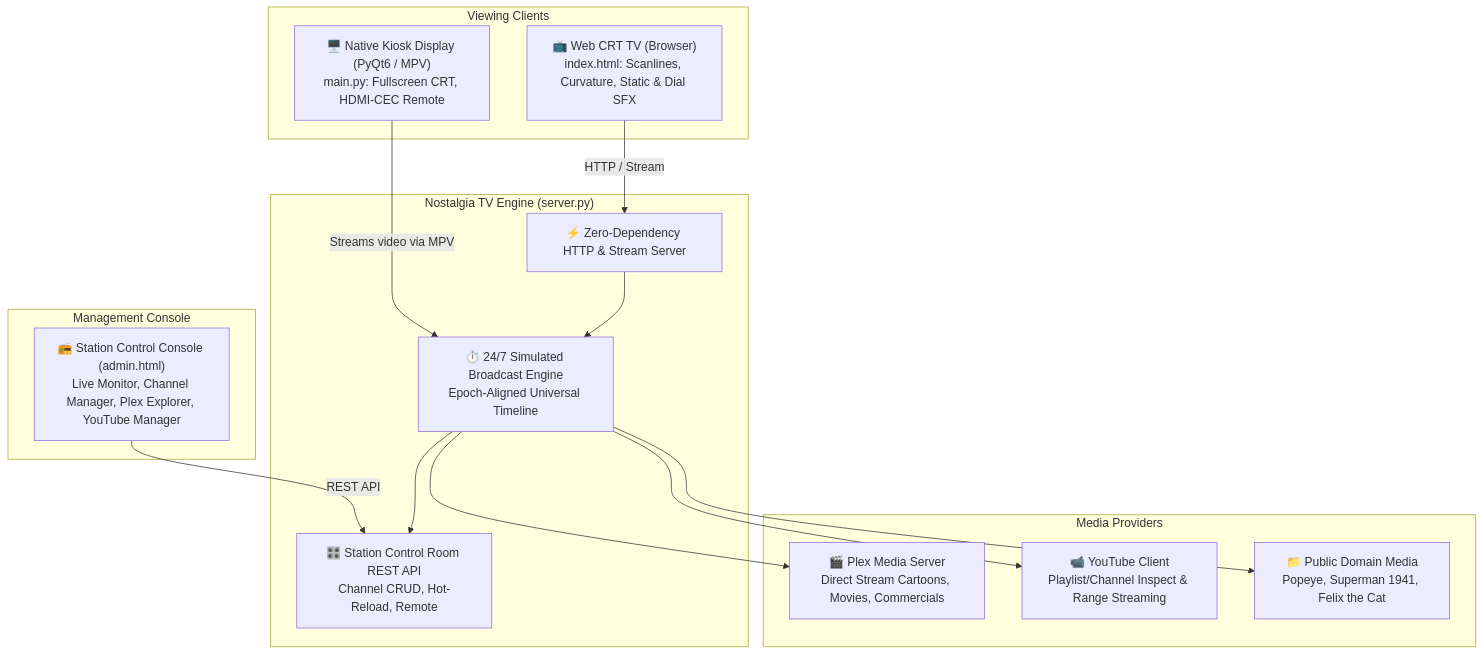
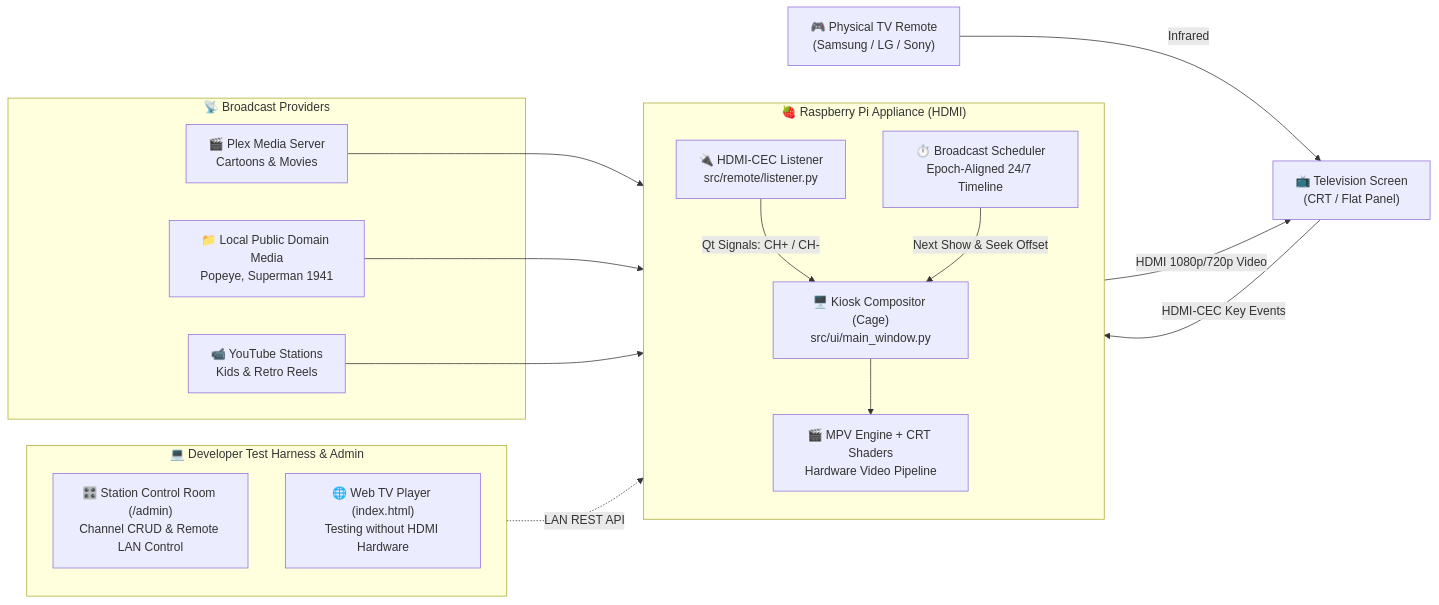
One commit to bgenome/nostalgia-tv changed the diagram in README.md. Above: the diagram before and after it, drawn with Mermaid. The commit also changed other lines of this file and 2 other files, not shown here.

Commit message:
docs: Prioritize Raspberry Pi HDMI-CEC TV remote appliance as primary architecture

````diff
--- a/README.md
+++ b/README.md
@@ -60,32 +47,37 @@
 ```mermaid
-flowchart TD
-    subgraph Clients["Viewing Clients"]
-        WebTV["📺 Web CRT TV (Browser)<br/>index.html: Scanlines, Curvature, Static & Dial SFX"]
-        NativeKiosk["🖥️ Native Kiosk Display (PyQt6 / MPV)<br/>main.py: Fullscreen CRT, HDMI-CEC Remote"]
+flowchart LR
+    Remote["🎮 Physical TV Remote<br/>(Samsung / LG / Sony)"]
+    TV["📺 Television Screen<br/>(CRT / Flat Panel)"]
+    
+    subgraph Pi["🍓 Raspberry Pi Appliance (HDMI)"]
+        direction TB
+        CEC["🔌 HDMI-CEC Listener<br/>src/remote/listener.py"]
+        Kiosk["🖥️ Kiosk Compositor (Cage)<br/>src/ui/main_window.py"]
+        MPV["🎬 MPV Engine + CRT Shaders<br/>Hardware Video Pipeline"]
+        Scheduler["⏱️ Broadcast Scheduler<br/>Epoch-Aligned 24/7 Timeline"]
     end
 
-    subgraph Server["Nostalgia TV Engine (server.py)"]
-        HTTP["⚡ Zero-Dependency HTTP & Stream Server"]
-        Engine["⏱️ 24/7 Simulated Broadcast Engine<br/>Epoch-Aligned Universal Timeline"]
-        AdminAPI["🎛️ Station Control Room REST API<br/>Channel CRUD, Hot-Reload, Remote"]
+    subgraph MediaSources["📡 Broadcast Providers"]
+        Plex["🎬 Plex Media Server<br/>Cartoons & Movies"]
+        LocalFiles["📁 Local Public Domain Media<br/>Popeye, Superman 1941"]
+        YT["📹 YouTube Stations<br/>Kids & Retro Reels"]
     end
 
-    subgraph AdminUI["Management Console"]
-        ControlRoom["📻 Station Control Console (admin.html)<br/>Live Monitor, Channel Manager, Plex Explorer, YouTube Manager"]
+    subgraph DevHarness["💻 Developer Test Harness & Admin"]
+        WebAdmin["🎛️ Station Control Room (/admin)<br/>Channel CRUD & Remote LAN Control"]
+        WebPlayer["🌐 Web TV Player (index.html)<br/>Testing without HDMI Hardware"]
     end
 
-    subgraph MediaSources["Media Providers"]
-        Plex["🎬 Plex Media Server<br/>Direct Stream Cartoons, Movies, Commercials"]
-        YT["📹 YouTube Client<br/>Playlist/Channel Inspect & Range Streaming"]
-        LocalMedia["📁 Public Domain Media<br/>Popeye, Superman 1941, Felix the Cat"]
-    end
+    Remote -->|Infrared| TV
+    TV -->|HDMI-CEC Key Events| CEC
+    CEC -->|Qt Signals: CH+ / CH-| Kiosk
+    Scheduler -->|Next Show & Seek Offset| Kiosk
+    Kiosk --> MPV
+    MPV -->|HDMI 1080p/720p Video| TV
 
-    WebTV -->|HTTP / Stream| HTTP
-    NativeKiosk -->|Streams video via MPV| Engine
-    ControlRoom -->|REST API| AdminAPI
-    HTTP --> Engine
-    Engine --> AdminAPI
-    Engine --> Plex
-    Engine --> YT
-    Engine --> LocalMedia
+    Plex --> Scheduler
+    LocalFiles --> Scheduler
+    YT --> Scheduler
+
+    DevHarness -.->|LAN REST API| Scheduler
 ```
````
